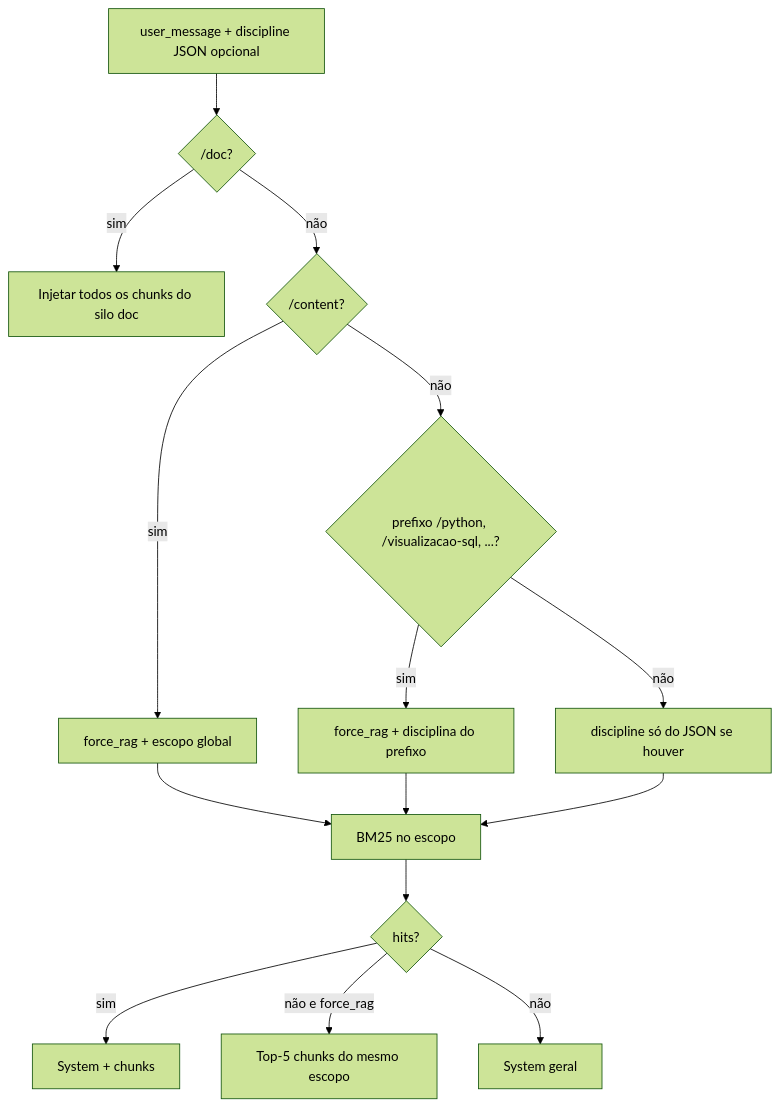
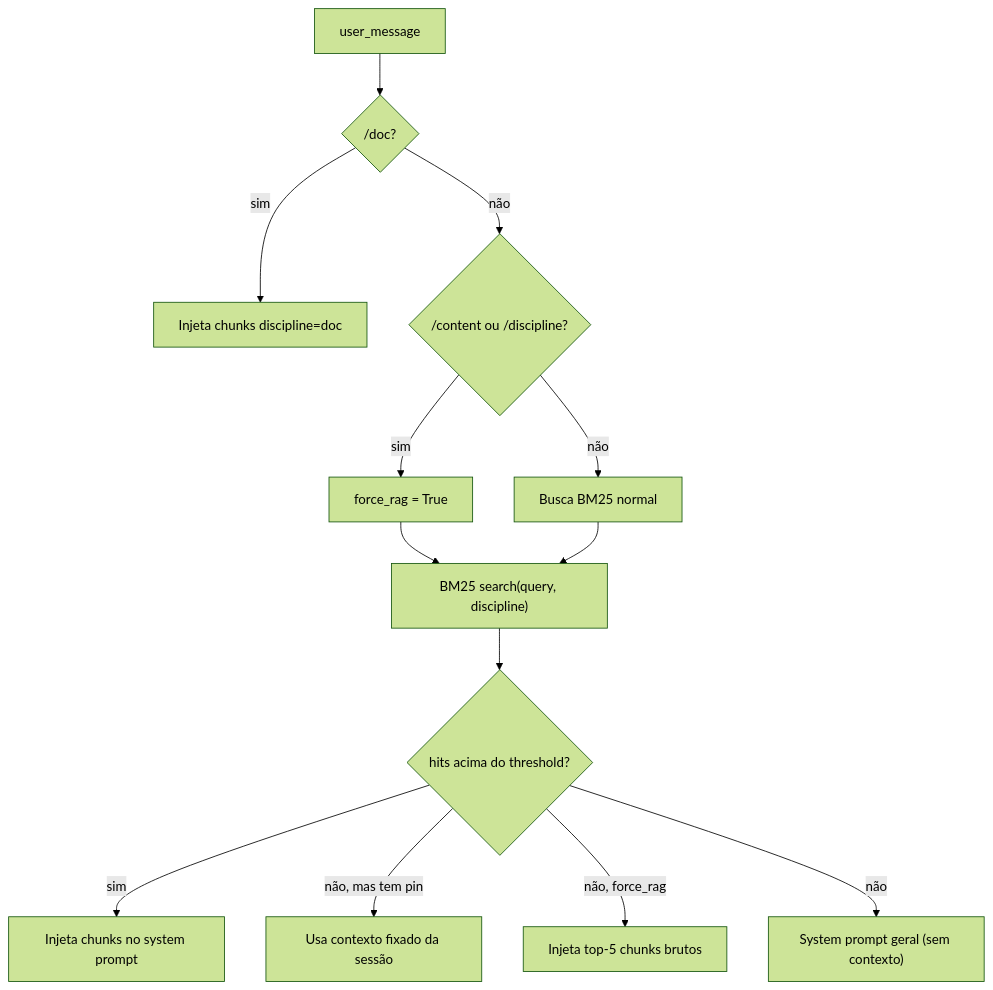
One commit to GaabDevWeb/KernelBot changed the second of 2 diagrams in documentation.md. Above: the diagram before and after it, drawn with Mermaid (forest theme). The commit also changed other lines of this file and 15 other files, not shown here.

````diff
--- a/documentation.md
+++ b/documentation.md
@@ -315,17 +159,15 @@
 ```mermaid
 flowchart TD
-    A[user_message + discipline JSON opcional] --> D{/doc?}
-    D -->|sim| DOC[Injetar todos os chunks do silo doc]
-    D -->|não| B{/content?}
-    B -->|sim| C[force_rag + escopo global]
-    B -->|não| P{prefixo /python, /visualizacao-sql, ...?}
-    P -->|sim| Q[force_rag + disciplina do prefixo]
-    P -->|não| R[discipline só do JSON se houver]
-    C --> E[BM25 no escopo]
-    Q --> E
-    R --> E
-    E --> G{hits?}
-    G -->|sim| H[System + chunks]
-    G -->|não e force_rag| I[Top-5 chunks do mesmo escopo]
-    G -->|não| J[System geral]
+    A["user_message"] --> B{"/doc?"}
+    B -->|sim| C["Injeta chunks discipline=doc"]
+    B -->|não| D{"/content ou /discipline?"}
+    D -->|sim| E["force_rag = True"]
+    D -->|não| F["Busca BM25 normal"]
+    E --> G["BM25 search(query, discipline)"]
+    F --> G
+    G --> H{"hits acima do threshold?"}
+    H -->|sim| I["Injeta chunks no system prompt"]
+    H -->|não, mas tem pin| J["Usa contexto fixado da sessão"]
+    H -->|não, force_rag| K["Injeta top-5 chunks brutos"]
+    H -->|não| L["System prompt geral (sem contexto)"]
 ```
````
